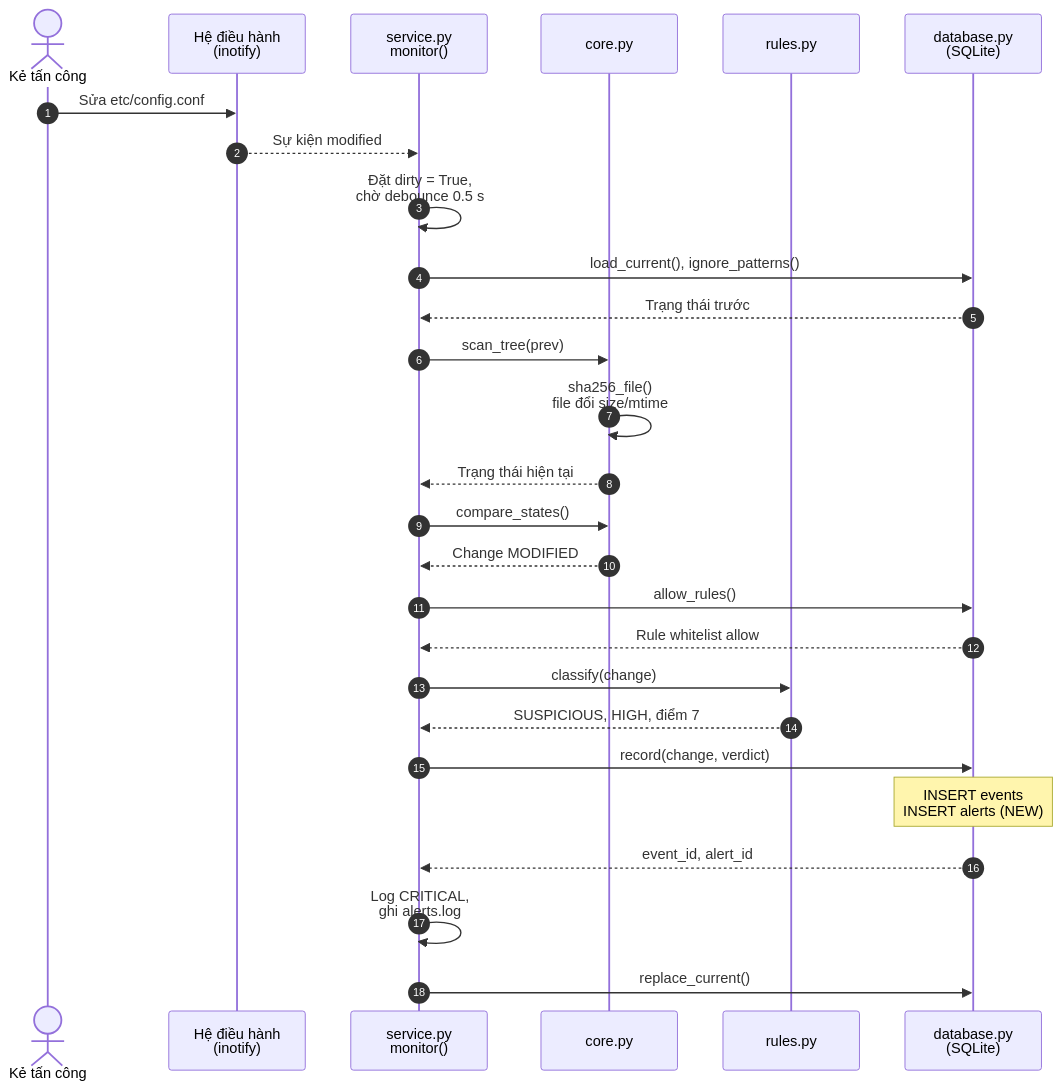
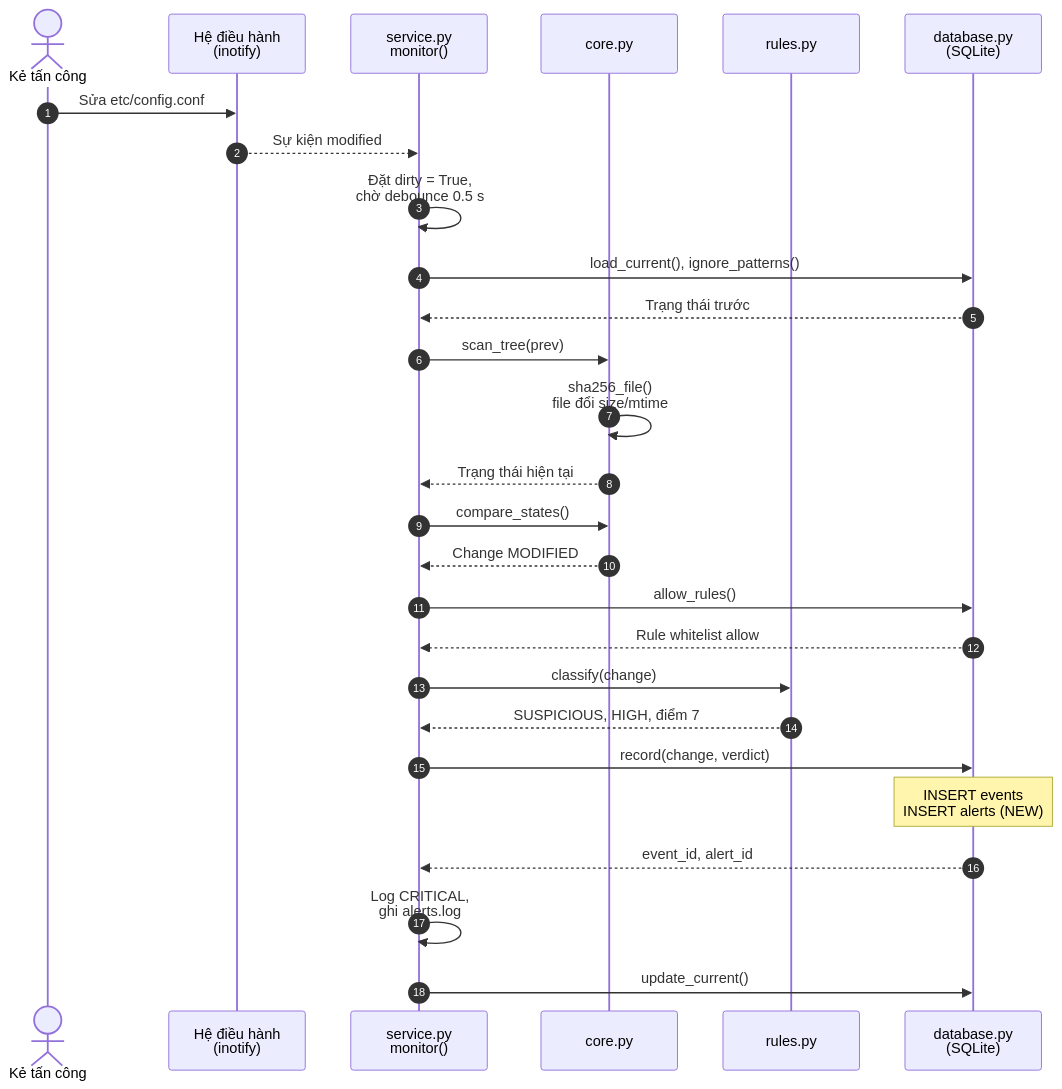
Before and after one commit to huukhai243/FIM_Project: the second of 5 diagrams in docs/diagrams.md, drawn with Mermaid. The commit also changed other lines of this file and 8 other files, not shown here.

````diff
--- a/docs/diagrams.md
+++ b/docs/diagrams.md
@@ -51,29 +51,29 @@
 ```mermaid
 sequenceDiagram
   autonumber
   actor KT as Kẻ tấn công
   participant OS as Hệ điều hành<br/>(inotify)
   participant MON as service.py<br/>monitor()
   participant CORE as core.py
   participant RU as rules.py
   participant DB as database.py<br/>(SQLite)
   KT->>OS: Sửa etc/config.conf
   OS-->>MON: Sự kiện modified
   MON->>MON: Đặt dirty = True,<br/>chờ debounce 0.5 s
   MON->>DB: load_current(), ignore_patterns()
   DB-->>MON: Trạng thái trước
   MON->>CORE: scan_tree(prev)
   CORE->>CORE: sha256_file()<br/>file đổi size/mtime
   CORE-->>MON: Trạng thái hiện tại
   MON->>CORE: compare_states()
   CORE-->>MON: Change MODIFIED
   MON->>DB: allow_rules()
   DB-->>MON: Rule whitelist allow
   MON->>RU: classify(change)
   RU-->>MON: SUSPICIOUS, HIGH, điểm 7
   MON->>DB: record(change, verdict)
   Note over DB: INSERT events<br/>INSERT alerts (NEW)
   DB-->>MON: event_id, alert_id
   MON->>MON: Log CRITICAL,<br/>ghi alerts.log
-  MON->>DB: replace_current()
+  MON->>DB: update_current()
 ```
````
